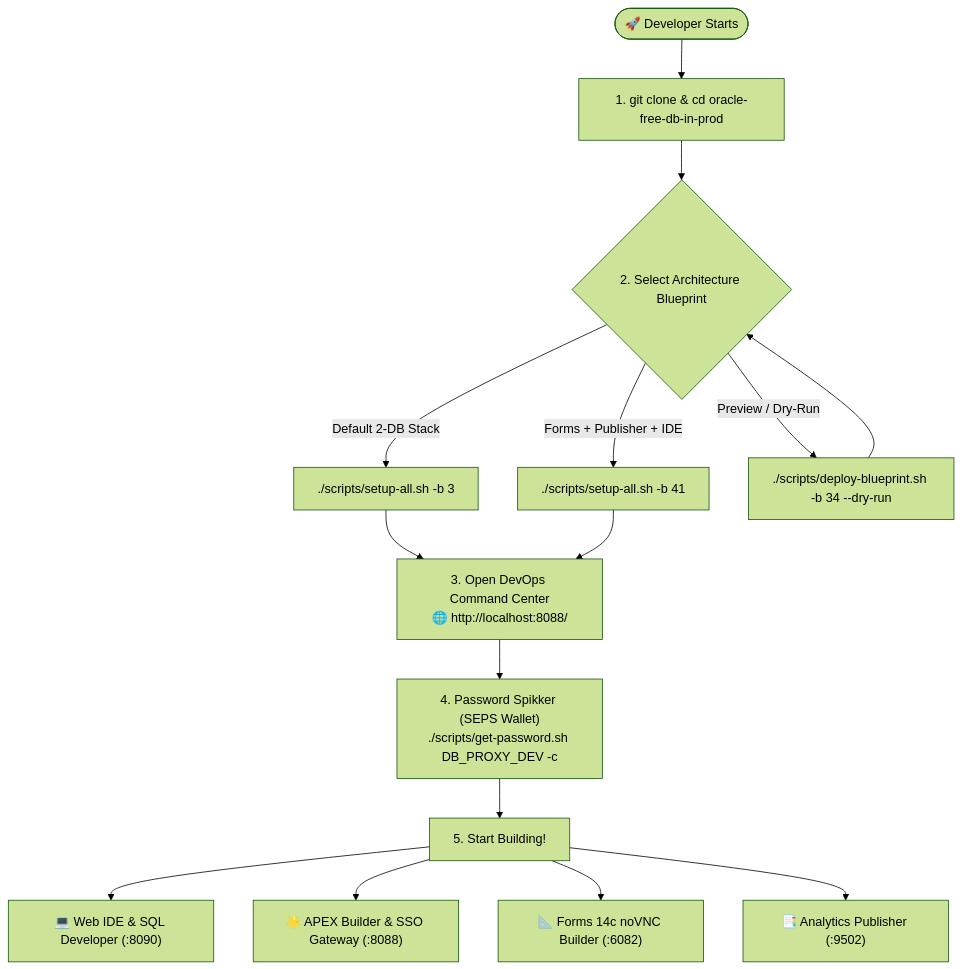
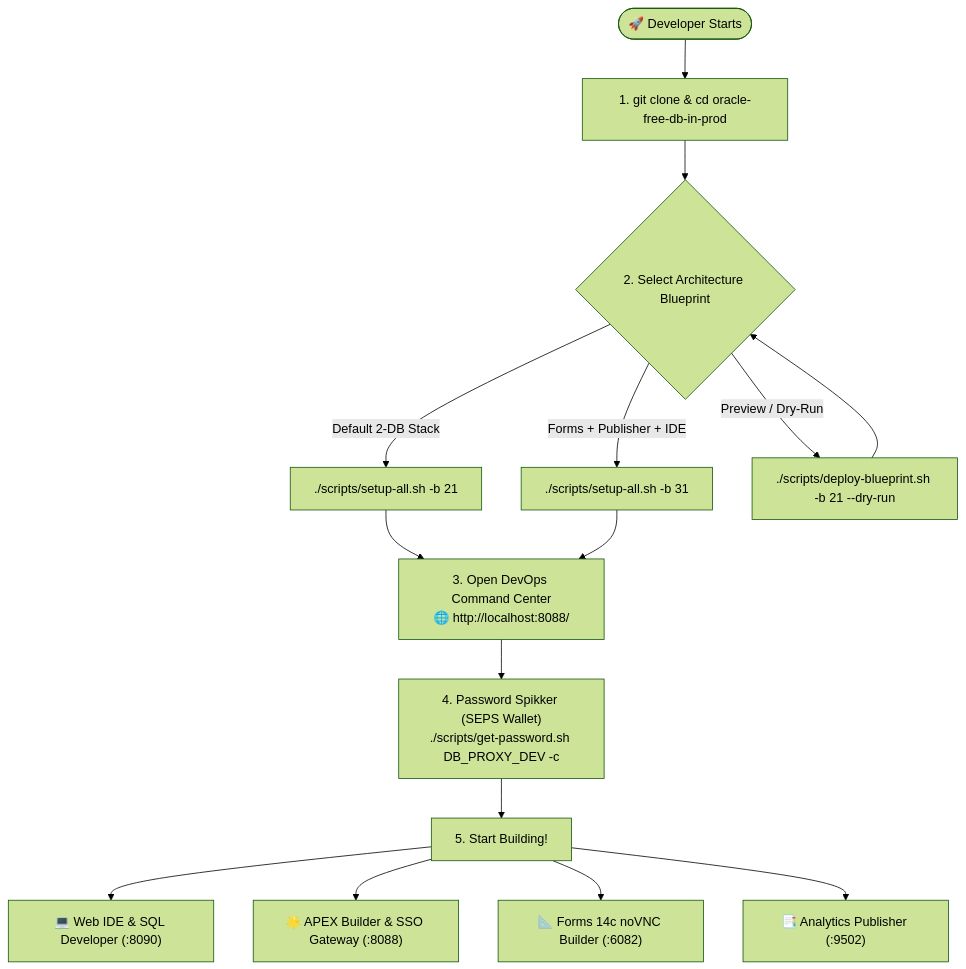
One commit to alahe/oracle-devops-platform changed the first of 3 diagrams in README.md. Above: the diagram before and after it, drawn with Mermaid (forest theme). The commit also changed other lines of this file and 280 other files, not shown here.

First line of the commit message:
feat(architecture): standardize 15 blueprints, enhance DR snapshot recovery & artifactory publishing

````diff
--- a/README.md
+++ b/README.md
@@ -26,21 +26,21 @@
 ```mermaid
 flowchart TD
     Start(["🚀 Developer Starts"]) --> Clone["1. git clone & cd oracle-free-db-in-prod"]
     Clone --> ChooseBP{"2. Select Architecture Blueprint"}
     
-    ChooseBP -->|Default 2-DB Stack| BP3["./scripts/setup-all.sh -b 3"]
-    ChooseBP -->|Forms + Publisher + IDE| BP41["./scripts/setup-all.sh -b 41"]
-    ChooseBP -->|Preview / Dry-Run| BPDry["./scripts/deploy-blueprint.sh -b 34 --dry-run"]
+    ChooseBP -->|Default 2-DB Stack| BP21["./scripts/setup-all.sh -b 21"]
+    ChooseBP -->|Forms + Publisher + IDE| BP31["./scripts/setup-all.sh -b 31"]
+    ChooseBP -->|Preview / Dry-Run| BPDry["./scripts/deploy-blueprint.sh -b 21 --dry-run"]
     
-    BP3 --> DevHub["3. Open DevOps Command Center<br/>🌐 http://localhost:8088/"]
-    BP41 --> DevHub
+    BP21 --> DevHub["3. Open DevOps Command Center<br/>🌐 http://localhost:8088/"]
+    BP31 --> DevHub
     BPDry --> ChooseBP
     
     DevHub --> PwdSpikker["4. Password Spikker (SEPS Wallet)<br/>./scripts/get-password.sh DB_PROXY_DEV -c"]
     
     PwdSpikker --> DevWork["5. Start Building!"]
     DevWork --> WorkIDE["💻 Web IDE & SQL Developer (:8090)"]
     DevWork --> WorkAPEX["🌟 APEX Builder & SSO Gateway (:8088)"]
     DevWork --> WorkForms["📐 Forms 14c noVNC Builder (:6082)"]
     DevWork --> WorkPub["📑 Analytics Publisher (:9502)"]
 ```
````
